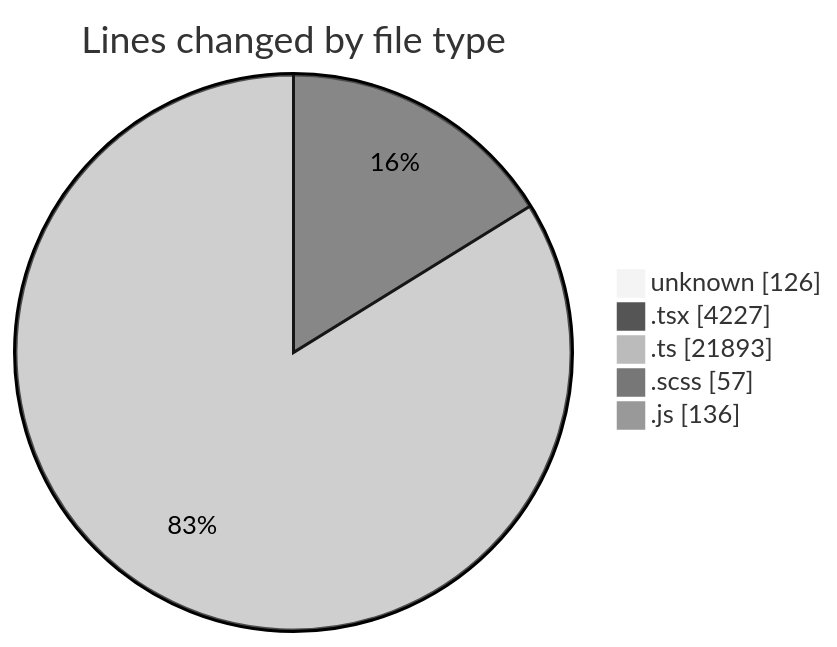
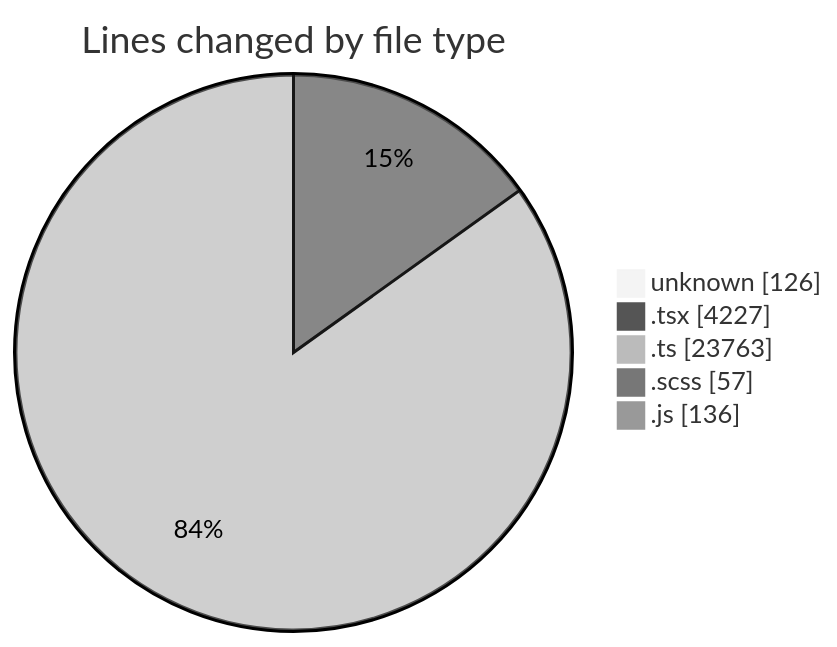
The first of 2 diagrams in 2026-09-23/cda/README.md (momahboobian/code-tracking), drawn with Mermaid (neutral theme) before and after one commit. The commit also changed other lines of this file and 1 other file, not shown here.

````diff
--- a/2026-09-23/cda/README.md
+++ b/2026-09-23/cda/README.md
@@ -47,9 +48,9 @@
 ```mermaid
 pie showData
 title Lines changed by file type
 "unknown" : 126
 ".tsx" : 4227
-".ts" : 21893
+".ts" : 23763
 ".scss" : 57
 ".js" : 136
 ```
````
